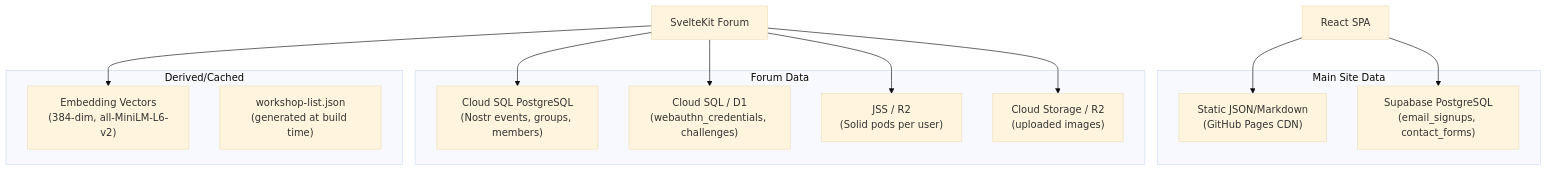
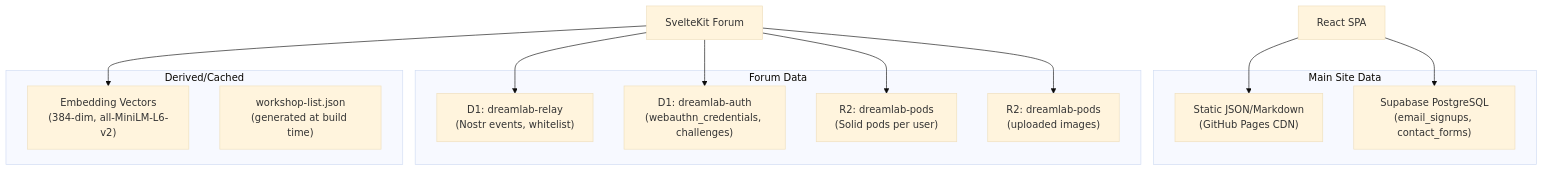
Before and after one commit to DreamLab-AI/dreamlab-ai-website: diagram 14 of 18 in docs/architecture/DATA_FLOW.md, drawn with Mermaid (base theme). The commit also changed other lines of this file and 36 other files, not shown here.

First line of the commit message:
Update 37 docs files: remove GCP references, reflect Cloudflare Workers architecture

````diff
--- a/docs/architecture/DATA_FLOW.md
+++ b/docs/architecture/DATA_FLOW.md
@@ -422,27 +421,27 @@
 ```mermaid
 flowchart TB
     subgraph MainSite["Main Site Data"]
         StaticJSON["Static JSON/Markdown<br/>(GitHub Pages CDN)"]
         SupaDB["Supabase PostgreSQL<br/>(email_signups, contact_forms)"]
     end
 
     subgraph Forum["Forum Data"]
-        Events["Cloud SQL PostgreSQL<br/>(Nostr events, groups, members)"]
-        Credentials["Cloud SQL / D1<br/>(webauthn_credentials, challenges)"]
-        Pods["JSS / R2<br/>(Solid pods per user)"]
-        Images["Cloud Storage / R2<br/>(uploaded images)"]
+        Events["D1: dreamlab-relay<br/>(Nostr events, whitelist)"]
+        Credentials["D1: dreamlab-auth<br/>(webauthn_credentials, challenges)"]
+        Pods["R2: dreamlab-pods<br/>(Solid pods per user)"]
+        Images["R2: dreamlab-pods<br/>(uploaded images)"]
     end
 
     subgraph Derived["Derived/Cached"]
         Embeddings["Embedding Vectors<br/>(384-dim, all-MiniLM-L6-v2)"]
         WorkshopJSON["workshop-list.json<br/>(generated at build time)"]
     end
 
     ReactApp["React SPA"] --> StaticJSON
     ReactApp --> SupaDB
     ForumApp["SvelteKit Forum"] --> Events
     ForumApp --> Credentials
     ForumApp --> Pods
     ForumApp --> Images
     ForumApp --> Embeddings
 ```
````
